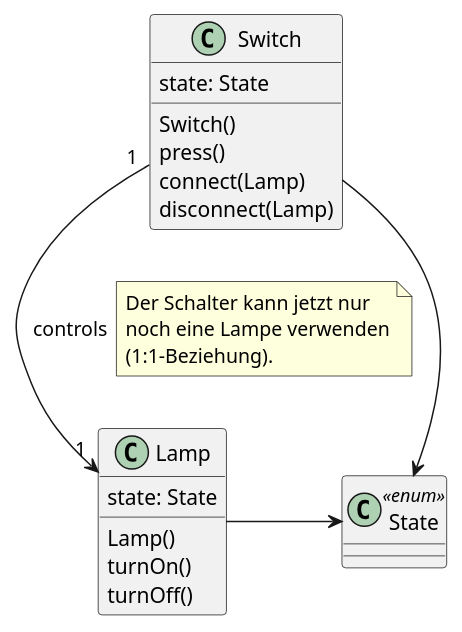
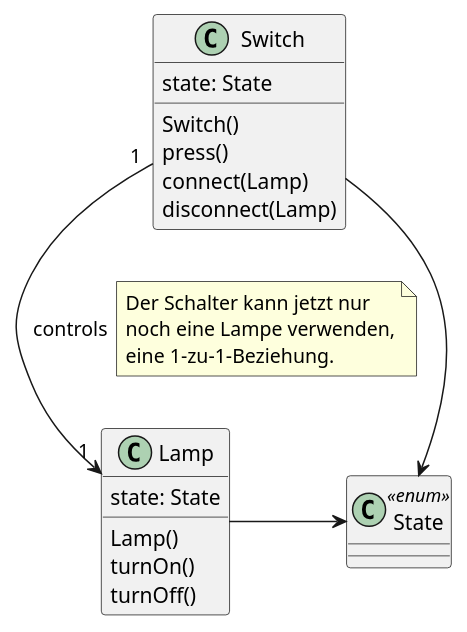
The seventh of 7 diagrams in docs/anwendungsentwicklung/oop-java-einstieg/information-oo-se.adoc (andrebauer/unterricht), drawn with PlantUML before and after one commit. The commit also changed other lines of this file and 5 other files, not shown here.

```diff
--- a/docs/anwendungsentwicklung/oop-java-einstieg/information-oo-se.adoc
+++ b/docs/anwendungsentwicklung/oop-java-einstieg/information-oo-se.adoc
@@ -340,29 +340,29 @@
 [plantuml, klassendiagramm-schalter-lampe-vereinfacht, svg]
 ....
 class "State" << enum >> 
 
 class "Switch" as S1 {
   state: State
   Switch()
   press()
   connect(Lamp)
   disconnect(Lamp)
 } 
 
 class "Lamp" as L1 {
   state: State
   Lamp()
   turnOn()
   turnOff()
 }
 
 S1 -> State
 L1 -> State
 
 S1 "1" --> "1" L1 : controls
 note right on link
   Der Schalter kann jetzt nur
-  noch eine Lampe verwenden
-  (1:1-Beziehung).
+  noch eine Lampe verwenden,
+  eine 1-zu-1-Beziehung.
 end note
 ....
```
